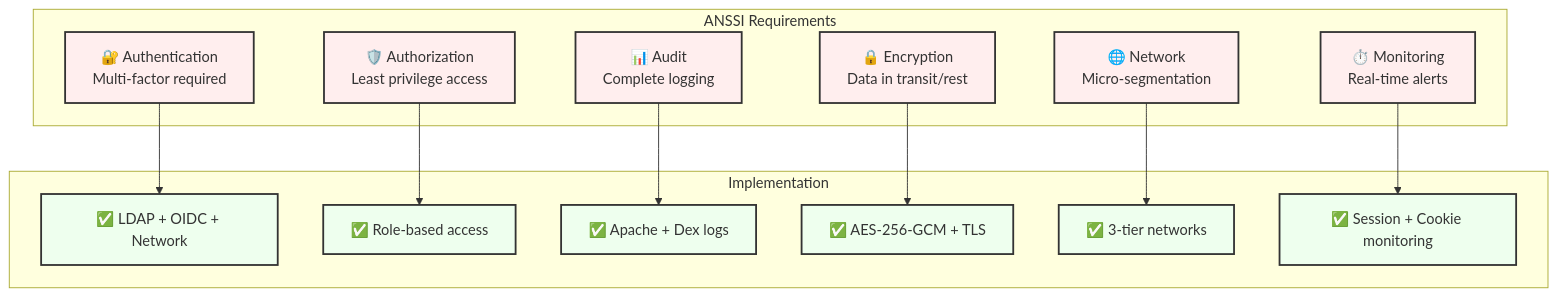
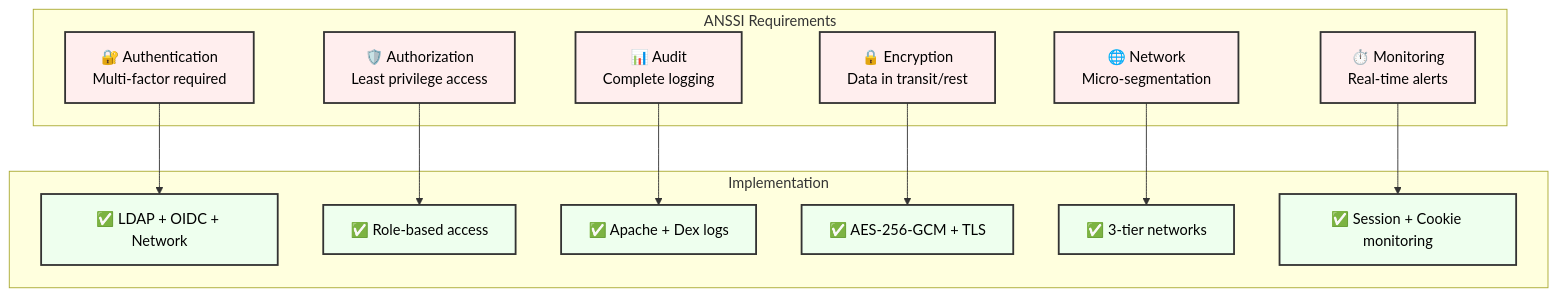
Before and after one commit to randomKara/ldap-dex-IDP: the seventh of 10 diagrams in PRESENTATION.md, drawn with Mermaid. The commit also changed other lines of this file, not shown here.

````diff
--- a/PRESENTATION.md
+++ b/PRESENTATION.md
@@ -277,33 +277,33 @@
 ```mermaid
 graph TB
     subgraph "ANSSI Requirements"
         A1[🔐 Authentication<br/>Multi-factor required]
         A2[🛡️ Authorization<br/>Least privilege access]
         A3[📊 Audit<br/>Complete logging]
         A4[🔒 Encryption<br/>Data in transit/rest]
         A5[🌐 Network<br/>Micro-segmentation]
         A6[⏱️ Monitoring<br/>Real-time alerts]
     end
     
     subgraph "Implementation"
         I1[✅ LDAP + OIDC + Network]
         I2[✅ Role-based access]
         I3[✅ Apache + Dex logs]
         I4[✅ AES-256-GCM + TLS]
         I5[✅ 3-tier networks]
         I6[✅ Session + Cookie monitoring]
     end
     
     A1 --> I1
     A2 --> I2
     A3 --> I3
     A4 --> I4
     A5 --> I5
     A6 --> I6
     
-    classDef requirement fill:#ffeeee,stroke:#333,stroke-width:2px
-    classDef implementation fill:#eeffee,stroke:#333,stroke-width:2px
+    classDef requirement fill:#ffeeee,stroke:#333,stroke-width:2px,color:#000000
+    classDef implementation fill:#eeffee,stroke:#333,stroke-width:2px,color:#000000
     
     class A1,A2,A3,A4,A5,A6 requirement
     class I1,I2,I3,I4,I5,I6 implementation
 ```
````
